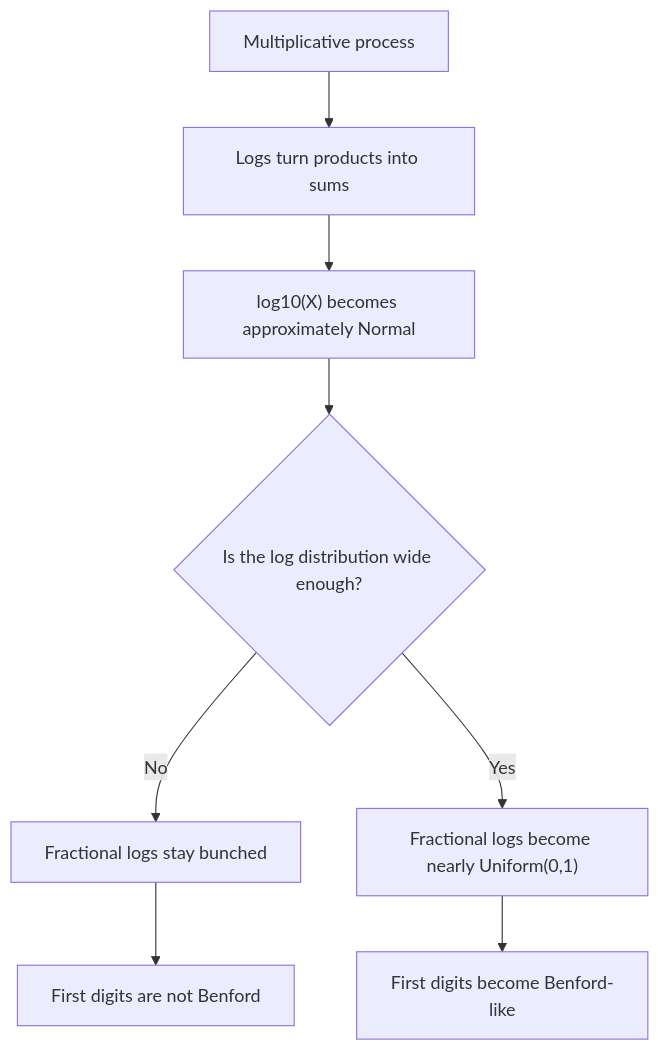
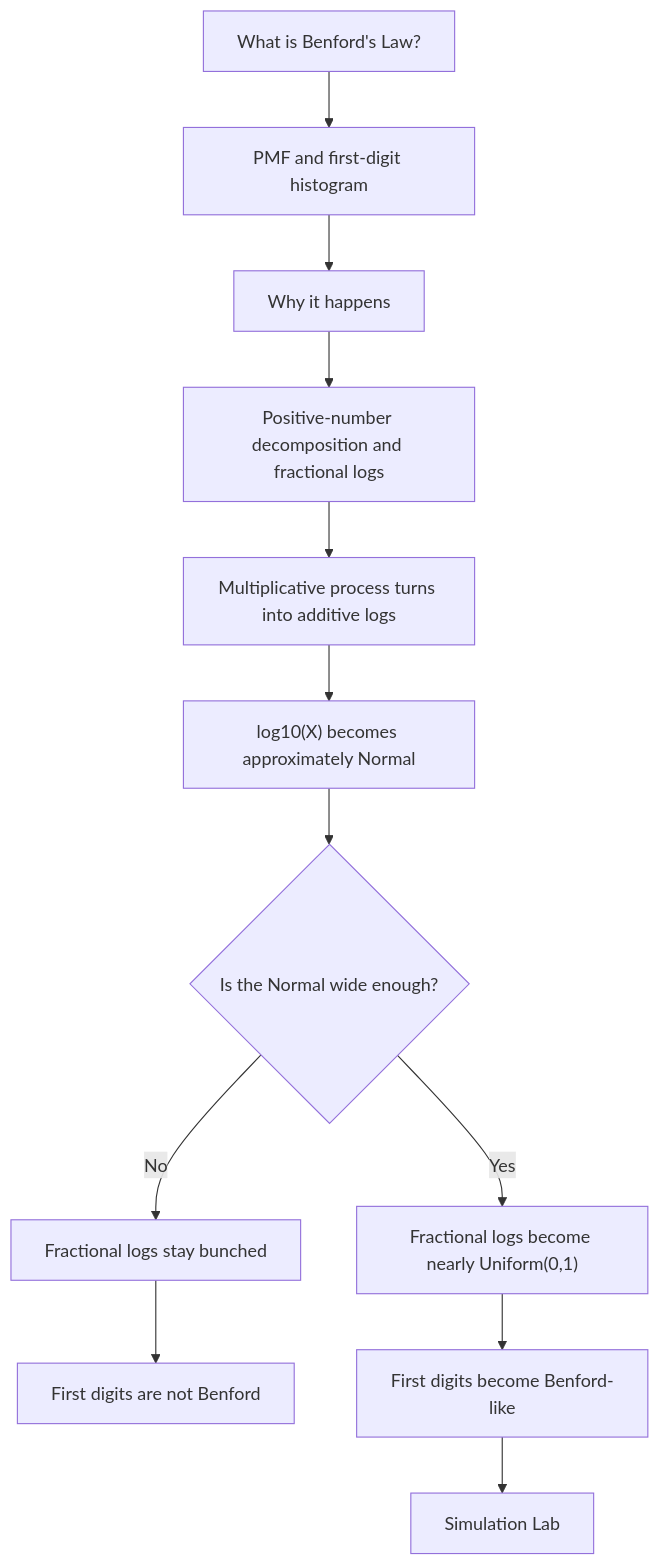
Before and after one commit to govindgnair23/benford-distribution: the diagram in docs/brainstorms/2026-05-09-benford-emergence-mini-app-requirements.md, drawn with Mermaid. The commit also changed other lines of this file and 19 other files, not shown here.

Commit message:
feat: add three-tab Benford learning flow

````diff
--- a/docs/brainstorms/2026-05-09-benford-emergence-mini-app-requirements.md
+++ b/docs/brainstorms/2026-05-09-benford-emergence-mini-app-requirements.md
@@ -14,10 +14,14 @@
 ```mermaid
 flowchart TB
-  A["Multiplicative process"] --> B["Logs turn products into sums"]
-  B --> C["log10(X) becomes approximately Normal"]
-  C --> D{"Is the log distribution wide enough?"}
-  D -- "No" --> E["Fractional logs stay bunched"]
-  E --> F["First digits are not Benford"]
-  D -- "Yes" --> G["Fractional logs become nearly Uniform(0,1)"]
-  G --> H["First digits become Benford-like"]
+  A["What is Benford's Law?"] --> B["PMF and first-digit histogram"]
+  B --> C["Why it happens"]
+  C --> D["Positive-number decomposition and fractional logs"]
+  D --> E["Multiplicative process turns into additive logs"]
+  E --> F["log10(X) becomes approximately Normal"]
+  F --> G{"Is the Normal wide enough?"}
+  G -- "No" --> H["Fractional logs stay bunched"]
+  H --> I["First digits are not Benford"]
+  G -- "Yes" --> J["Fractional logs become nearly Uniform(0,1)"]
+  J --> K["First digits become Benford-like"]
+  K --> L["Simulation Lab"]
 ```
````
